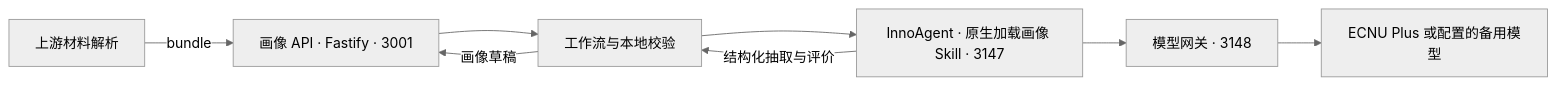
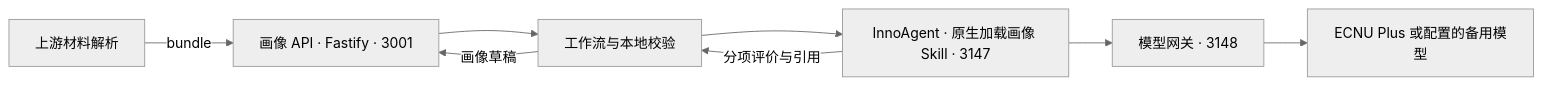
One commit to NamingIsVeryVeryHard/InnoGrad changed the diagram in docs/algorithm/graduate_portrait_design.md. Above: the diagram before and after it, drawn with Mermaid (neutral theme). The commit also changed other lines of this file and 1 other file, not shown here.

````diff
--- a/docs/algorithm/graduate_portrait_design.md
+++ b/docs/algorithm/graduate_portrait_design.md
@@ -104,10 +104,10 @@
 ```mermaid
 flowchart LR
   P[上游材料解析] -->|bundle| A[画像 API · Fastify · 3001]
   A --> W[工作流与本地校验]
   W --> I[InnoAgent · 原生加载画像 Skill · 3147]
   I --> G[模型网关 · 3148]
   G --> M[ECNU Plus 或配置的备用模型]
-  I -->|结构化抽取与评价| W
+  I -->|分项评价与引用| W
   W -->|画像草稿| A
 ```
````
